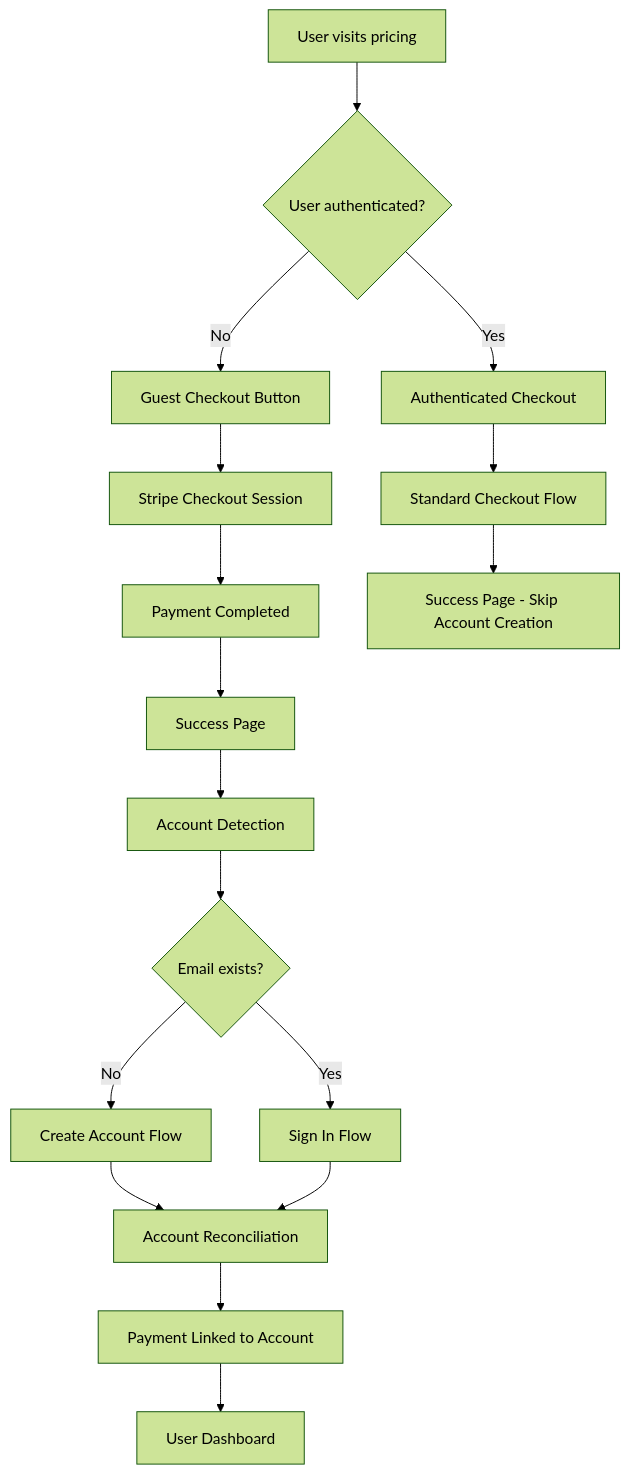
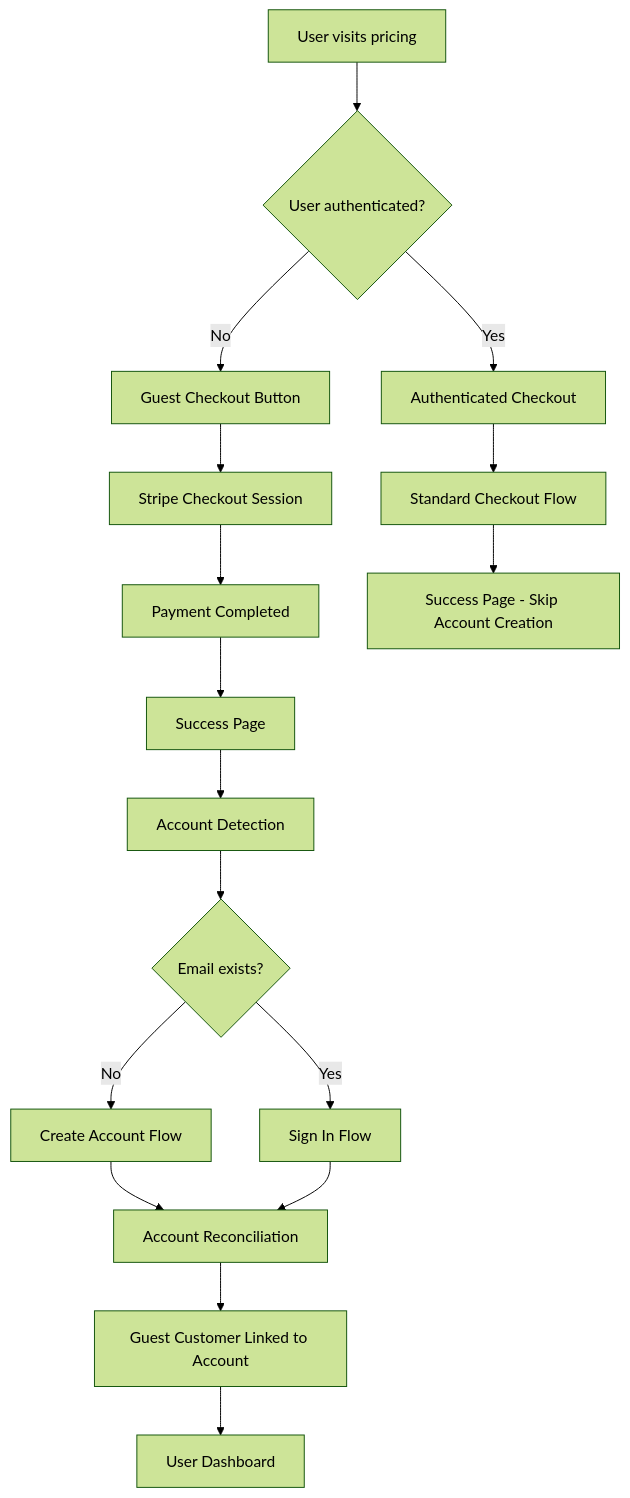
Before and after one commit to ronimoe/saaskit: the diagram in docs/guest-checkout-system.md, drawn with Mermaid (forest theme). The commit also changed other lines of this file and 4 other files, not shown here.

Commit message:
fix(checkout): improve handling of current period end timestamps and streamline guest customer reconciliation process

````diff
--- a/docs/guest-checkout-system.md
+++ b/docs/guest-checkout-system.md
@@ -51,24 +51,24 @@
 ```mermaid
 graph TD
     A[User visits pricing] --> B{User authenticated?}
     B -->|No| C[Guest Checkout Button]
     B -->|Yes| D[Authenticated Checkout]
     
     C --> E[Stripe Checkout Session]
     E --> F[Payment Completed]
     F --> G[Success Page]
     
     G --> H[Account Detection]
     H --> I{Email exists?}
     
     I -->|No| J[Create Account Flow]
     I -->|Yes| K[Sign In Flow]
     
     J --> L[Account Reconciliation]
     K --> L
-    L --> M[Payment Linked to Account]
+    L --> M[Guest Customer Linked to Account]
     M --> N[User Dashboard]
     
     D --> O[Standard Checkout Flow]
     O --> P[Success Page - Skip Account Creation]
 ```
````
